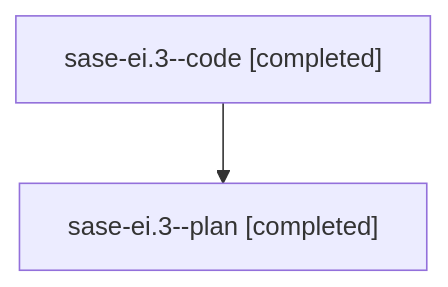
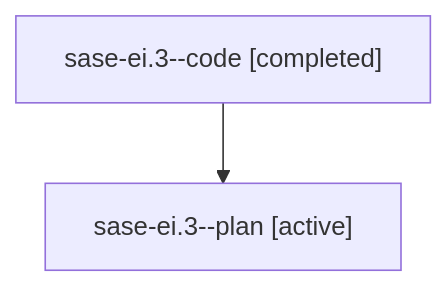
Before and after one commit to sase-org/sase--agents: the diagram in families/bbugyi200.athena.sase-ei.3.md, drawn with Mermaid. The commit also changed other lines of this file and 5813 other files, not shown here.

````diff
--- a/families/bbugyi200.athena.sase-ei.3.md
+++ b/families/bbugyi200.athena.sase-ei.3.md
@@ -9,6 +9,6 @@
 ```mermaid
 flowchart TD
   n0["sase-ei.3--code [completed]"]
-  n1["sase-ei.3--plan [completed]"]
+  n1["sase-ei.3--plan [active]"]
   n0 --> n1
 ```
````
